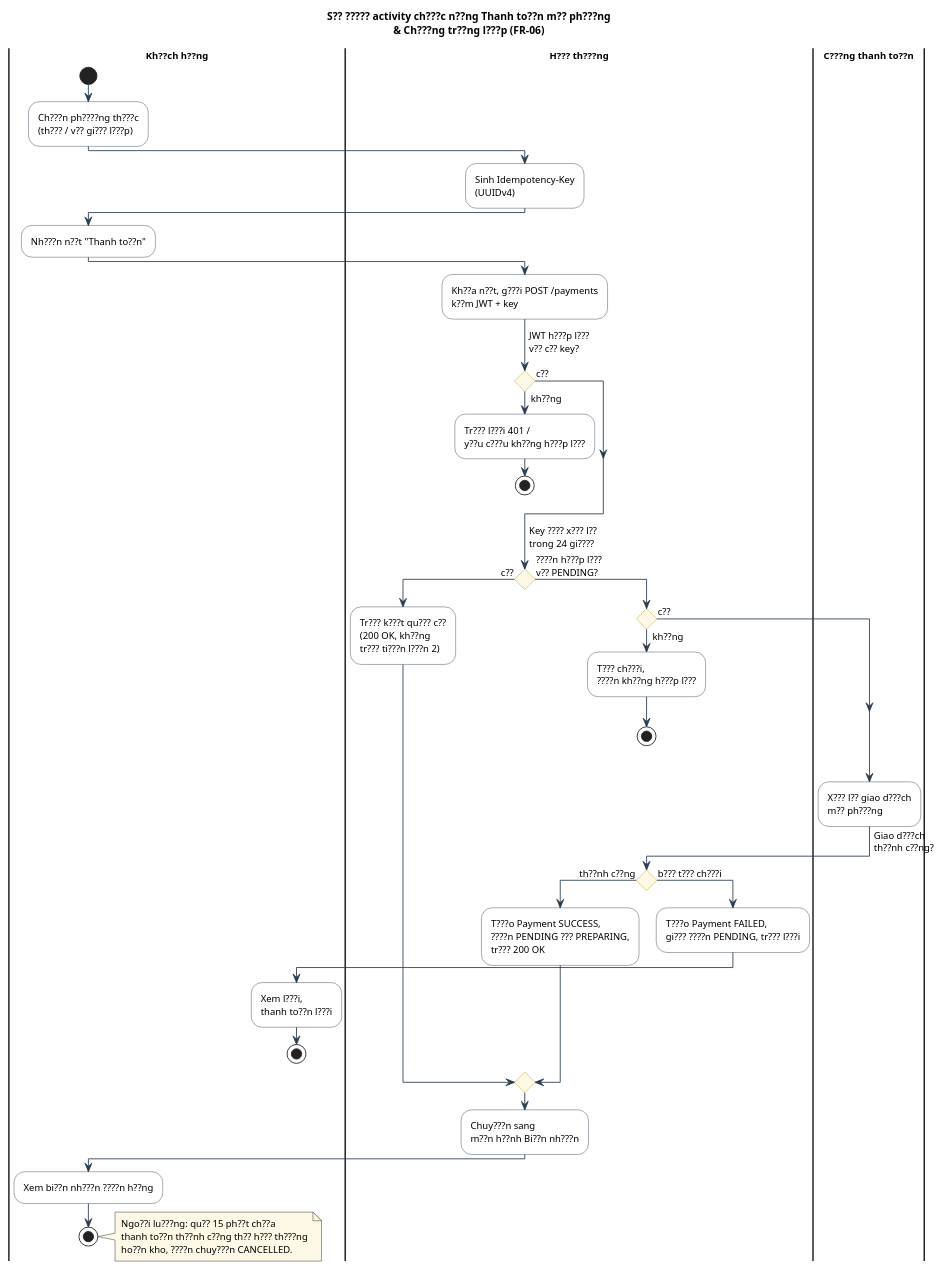
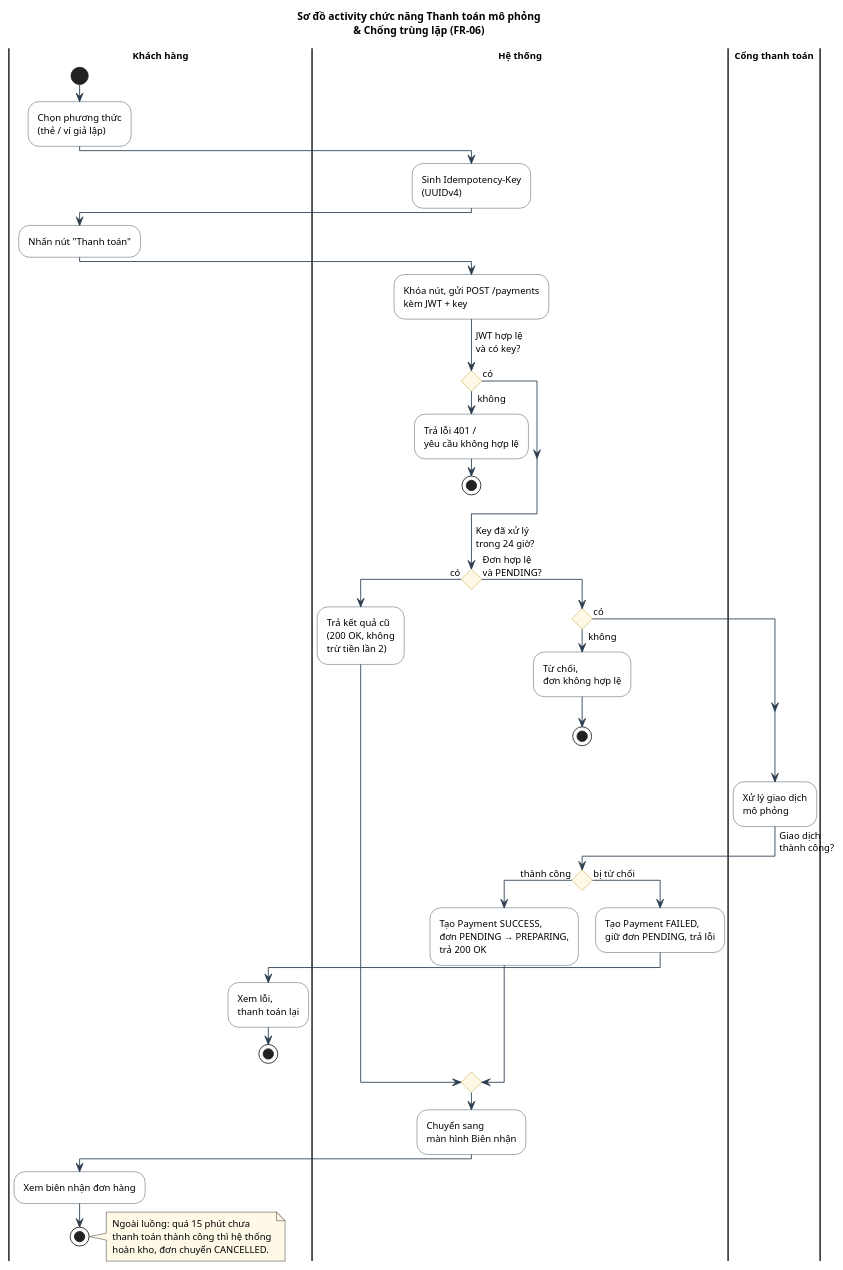
Before and after one commit to Phuc280106/BrewLite2: the diagram in docs/diagrams/payment/activity-payment.puml, drawn with PlantUML. The commit also changed 5 other files, not shown here.

Commit message:
fix(diagrams): fix lỗi sơ đồ activity và sequence cho chức năng thanh toán

```diff
--- a/docs/diagrams/payment/activity-payment.puml
+++ b/docs/diagrams/payment/activity-payment.puml
@@ -1,77 +1,77 @@
 @startuml
-title S?? ????? activity ch???c n??ng Thanh to??n m?? ph???ng\n& Ch???ng tr??ng l???p (FR-06)
+title Sơ đồ activity chức năng Thanh toán mô phỏng\n& Chống trùng lặp (FR-06)
 
 skinparam defaultFontSize 11
 skinparam titleFontSize 12
 skinparam Padding 1
 skinparam ConditionStyle diamond
 skinparam ConditionEndStyle diamond
 skinparam ActivityPadding 4
 skinparam ActivityBackgroundColor #FFFFFF
 skinparam ActivityBorderColor #2C3E50
 skinparam ArrowColor #2C3E50
 skinparam ActivityDiamondBackgroundColor #FEF9E7
 skinparam ActivityDiamondBorderColor #B7950B
 skinparam swimlaneTitleFontStyle bold
 skinparam NoteBackgroundColor #FEF9E7
 
-|Kh??ch h??ng|
+|Khách hàng|
 start
-:Ch???n ph????ng th???c\n(th??? / v?? gi??? l???p);
+:Chọn phương thức\n(thẻ / ví giả lập);
 
-|H??? th???ng|
+|Hệ thống|
 :Sinh Idempotency-Key\n(UUIDv4);
 
-|Kh??ch h??ng|
-:Nh???n n??t "Thanh to??n";
+|Khách hàng|
+:Nhấn nút "Thanh toán";
 
-|H??? th???ng|
-:Kh??a n??t, g???i POST /payments\nk??m JWT + key;
+|Hệ thống|
+:Khóa nút, gửi POST /payments\nkèm JWT + key;
 
--> JWT h???p l???\nv?? c?? key?;
-if () then (kh??ng)
-  :Tr??? l???i 401 /\ny??u c???u kh??ng h???p l???;
+-> JWT hợp lệ\nvà có key?;
+if () then (không)
+  :Trả lỗi 401 /\nyêu cầu không hợp lệ;
   stop
-else (c??)
+else (có)
 endif
 
--> Key ???? x??? l??\ntrong 24 gi????;
-if () then (c??)
-  :Tr??? k???t qu??? c??\n(200 OK, kh??ng\ntr??? ti???n l???n 2);
-else (ch??a)
-  -> ????n h???p l???\nv?? PENDING?;
-  if () then (kh??ng)
-    :T??? ch???i,\n????n kh??ng h???p l???;
+-> Key đã xử lý\ntrong 24 giờ?;
+if () then (có)
+  :Trả kết quả cũ\n(200 OK, không\ntrừ tiền lần 2);
+else (chưa)
+  -> Đơn hợp lệ\nvà PENDING?;
+  if () then (không)
+    :Từ chối,\nđơn không hợp lệ;
     stop
-  else (c??)
+  else (có)
   endif
 
-  |C???ng thanh to??n|
-  :X??? l?? giao d???ch\nm?? ph???ng;
+  |Cổng thanh toán|
+  :Xử lý giao dịch\nmô phỏng;
 
-  |H??? th???ng|
-  -> Giao d???ch\nth??nh c??ng?;
-  if () then (th??nh c??ng)
-    :T???o Payment SUCCESS,\n????n PENDING ??? PREPARING,\ntr??? 200 OK;
-  else (b??? t??? ch???i)
-    :T???o Payment FAILED,\ngi??? ????n PENDING, tr??? l???i;
+  |Hệ thống|
+  -> Giao dịch\nthành công?;
+  if () then (thành công)
+    :Tạo Payment SUCCESS,\nđơn PENDING → PREPARING,\ntrả 200 OK;
+  else (bị từ chối)
+    :Tạo Payment FAILED,\ngiữ đơn PENDING, trả lỗi;
 
-    |Kh??ch h??ng|
-    :Xem l???i,\nthanh to??n l???i;
+    |Khách hàng|
+    :Xem lỗi,\nthanh toán lại;
     stop
   endif
 endif
 
-|H??? th???ng|
-:Chuy???n sang\nm??n h??nh Bi??n nh???n;
+|Hệ thống|
+:Chuyển sang\nmàn hình Biên nhận;
 
-|Kh??ch h??ng|
-:Xem bi??n nh???n ????n h??ng;
+|Khách hàng|
+:Xem biên nhận đơn hàng;
 stop
 
 note right
-  Ngo??i lu???ng: qu?? 15 ph??t ch??a
-  thanh to??n th??nh c??ng th?? h??? th???ng
-  ho??n kho, ????n chuy???n CANCELLED.
+  Ngoài luồng: quá 15 phút chưa
+  thanh toán thành công thì hệ thống
+  hoàn kho, đơn chuyển CANCELLED.
 end note
 @enduml
```
